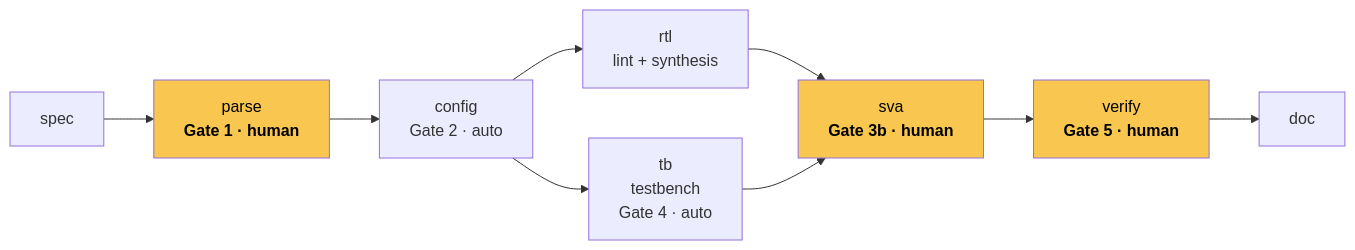
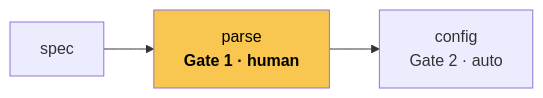
Before and after one commit to nguyenquanicd/VLSIT_Q3TUI_AI_FLOW: the diagram in README.md, drawn with Mermaid. The commit also changed other lines of this file and 202 other files, not shown here.

First line of the commit message:
Split the VLSIT flow into spec and rtl flows; new project folder layout

````diff
--- a/README.md
+++ b/README.md
@@ -24,15 +25,7 @@
 ```mermaid
 flowchart LR
     spec[spec] --> parse["parse<br/><b>Gate 1 · human</b>"]
     parse --> config["config<br/>Gate 2 · auto"]
-    config --> rtl["rtl<br/>lint + synthesis"]
-    config --> tb["tb<br/>testbench<br/>Gate 4 · auto"]
-    rtl --> sva["sva<br/><b>Gate 3b · human</b>"]
-    tb --> sva
-    sva --> verify["verify<br/><b>Gate 5 · human</b>"]
-    verify --> doc[doc]
 
     style parse fill:#f9c74f,color:#000
-    style sva fill:#f9c74f,color:#000
-    style verify fill:#f9c74f,color:#000
 ```
````
